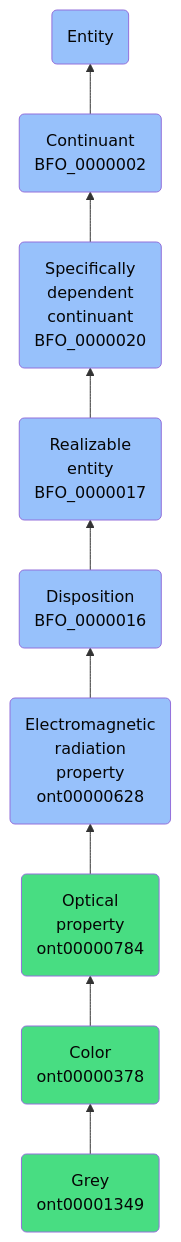
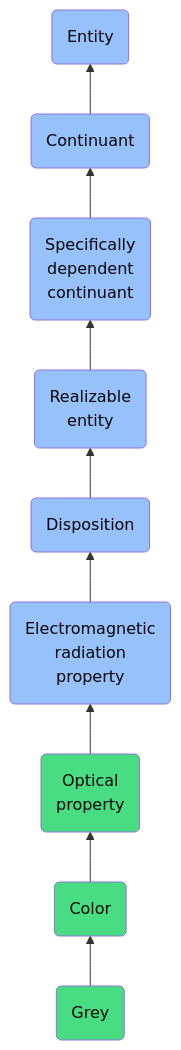
The diagram in docs/ontology/reference/model/Entity/Continuant/Specifically dependent continuant/Realizable entity/Disposition/Electromagnetic radiation property/Optical property/Color/Grey/Grey.md (jupyter-naas/abi), drawn with Mermaid before and after one commit. The commit also changed other lines of this file and 1430 other files, not shown here.

````diff
--- a/docs/ontology/reference/model/Entity/Continuant/Specifically dependent continuant/Realizable entity/Disposition/Electromagnetic radiation property/Optical property/Color/Grey/Grey.md
+++ b/docs/ontology/reference/model/Entity/Continuant/Specifically dependent continuant/Realizable entity/Disposition/Electromagnetic radiation property/Optical property/Color/Grey/Grey.md
@@ -24,16 +24,16 @@
 ```mermaid
 graph BT
-    ont00001349(Grey<br>ont00001349):::ABI-->ont00000378
-    ont00000378(Color<br>ont00000378):::ABI-->ont00000784
-    ont00000784(Optical<br>property<br>ont00000784):::ABI-->ont00000628
-    ont00000628(Electromagnetic<br>radiation<br>property<br>ont00000628):::BFO-->BFO_0000016
-    BFO_0000016(Disposition<br>BFO_0000016):::BFO-->BFO_0000017
-    BFO_0000017(Realizable<br>entity<br>BFO_0000017):::BFO-->BFO_0000020
-    BFO_0000020(Specifically<br>dependent<br>continuant<br>BFO_0000020):::BFO-->BFO_0000002
-    BFO_0000002(Continuant<br>BFO_0000002):::BFO-->BFO_0000001
+    ont00001349(Grey):::ABI-->ont00000378
+    ont00000378(Color):::ABI-->ont00000784
+    ont00000784(Optical<br>property):::ABI-->ont00000628
+    ont00000628(Electromagnetic<br>radiation<br>property):::BFO-->BFO_0000016
+    BFO_0000016(Disposition):::BFO-->BFO_0000017
+    BFO_0000017(Realizable<br>entity):::BFO-->BFO_0000020
+    BFO_0000020(Specifically<br>dependent<br>continuant):::BFO-->BFO_0000002
+    BFO_0000002(Continuant):::BFO-->BFO_0000001
     BFO_0000001(Entity):::BFO
     
     classDef BFO fill:#97c1fb,color:#060606
     classDef CCO fill:#e4c51e,color:#060606
     classDef ABI fill:#48DD82,color:#060606
 ```
````
